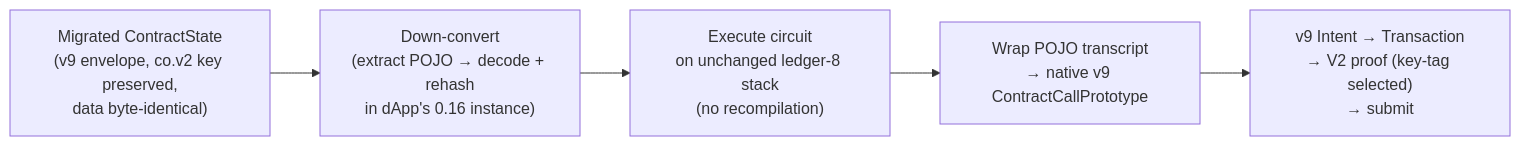
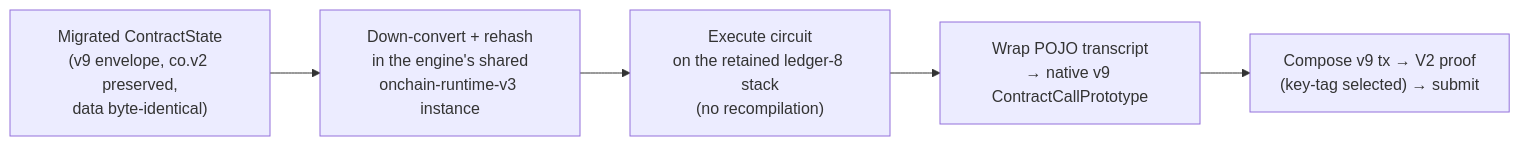
One commit to midnightntwrk/midnight-js changed the second of 10 diagrams in docs/architecture/2026-08-05-ledger-v8-v9-dual-support-architecture.md. Above: the diagram before and after it, drawn with Mermaid. The commit also changed other lines of this file and 3 other files, not shown here.

First line of the commit message:
docs: reconcile HF spec and plans against the merged dual-ledger stack

````diff
--- a/docs/architecture/2026-08-05-ledger-v8-v9-dual-support-architecture.md
+++ b/docs/architecture/2026-08-05-ledger-v8-v9-dual-support-architecture.md
@@ -79,10 +72,10 @@
 ```mermaid
 flowchart LR
-    A["Migrated ContractState<br/>(v9 envelope, co.v2 key preserved,<br/>data byte-identical)"]
-    B["Down-convert<br/>(extract POJO → decode + rehash<br/>in dApp's 0.16 instance)"]
-    C["Execute circuit<br/>on unchanged ledger-8 stack<br/>(no recompilation)"]
+    A["Migrated ContractState<br/>(v9 envelope, co.v2 preserved,<br/>data byte-identical)"]
+    B["Down-convert + rehash<br/>in the engine's shared<br/>onchain-runtime-v3 instance"]
+    C["Execute circuit<br/>on the retained ledger-8 stack<br/>(no recompilation)"]
     D["Wrap POJO transcript<br/>→ native v9 ContractCallPrototype"]
-    E["v9 Intent → Transaction<br/>→ V2 proof (key-tag selected)<br/>→ submit"]
+    E["Compose v9 tx → V2 proof<br/>(key-tag selected) → submit"]
 
     A --> B --> C --> D --> E
 ```
````
